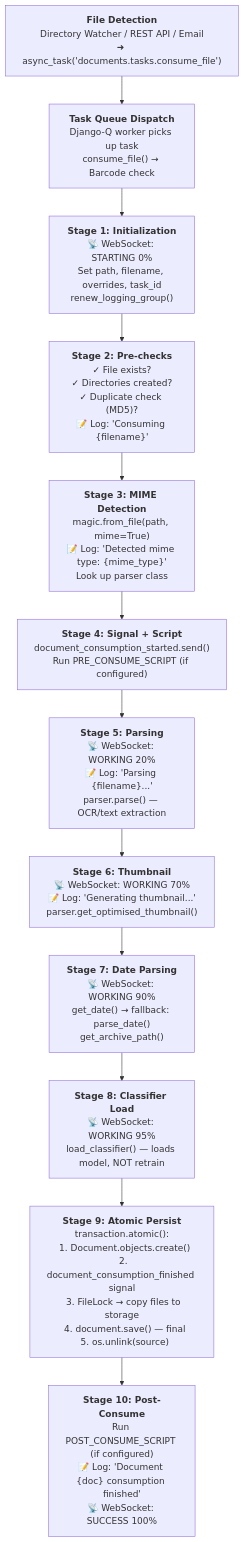
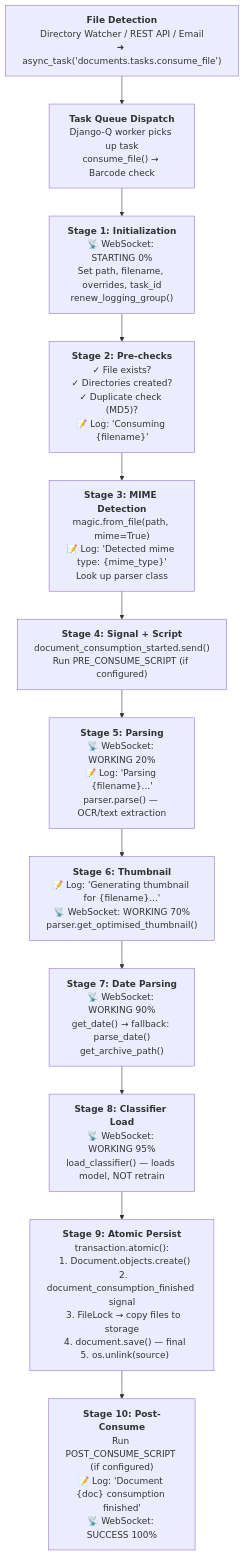
The second of 4 diagrams in blitzy/documentation/paperless-ngx_542221a38dff.md (blitzy-research/paperless-ngx), drawn with Mermaid before and after one commit. The commit also changed other lines of this file, not shown here.

````diff
--- a/blitzy/documentation/paperless-ngx_542221a38dff.md
+++ b/blitzy/documentation/paperless-ngx_542221a38dff.md
@@ -557,26 +557,26 @@
 ```mermaid
 flowchart TD
     A["<b>File Detection</b><br/>Directory Watcher / REST API / Email<br/>➜ async_task('documents.tasks.consume_file')"] --> B
 
     B["<b>Task Queue Dispatch</b><br/>Django-Q worker picks up task<br/>consume_file() → Barcode check"] --> C
 
     C["<b>Stage 1: Initialization</b><br/>📡 WebSocket: STARTING 0%<br/>Set path, filename, overrides, task_id<br/>renew_logging_group()"] --> D
 
     D["<b>Stage 2: Pre-checks</b><br/>✓ File exists?<br/>✓ Directories created?<br/>✓ Duplicate check (MD5)?<br/>📝 Log: 'Consuming {filename}'"] --> E
 
     E["<b>Stage 3: MIME Detection</b><br/>magic.from_file(path, mime=True)<br/>📝 Log: 'Detected mime type: {mime_type}'<br/>Look up parser class"] --> F
 
     F["<b>Stage 4: Signal + Script</b><br/>document_consumption_started.send()<br/>Run PRE_CONSUME_SCRIPT (if configured)"] --> G
 
     G["<b>Stage 5: Parsing</b><br/>📡 WebSocket: WORKING 20%<br/>📝 Log: 'Parsing {filename}...'<br/>parser.parse() — OCR/text extraction"] --> H
 
-    H["<b>Stage 6: Thumbnail</b><br/>📡 WebSocket: WORKING 70%<br/>📝 Log: 'Generating thumbnail...'<br/>parser.get_optimised_thumbnail()"] --> I
+    H["<b>Stage 6: Thumbnail</b><br/>📝 Log: 'Generating thumbnail for {filename}...'<br/>📡 WebSocket: WORKING 70%<br/>parser.get_optimised_thumbnail()"] --> I
 
     I["<b>Stage 7: Date Parsing</b><br/>📡 WebSocket: WORKING 90%<br/>get_date() → fallback: parse_date()<br/>get_archive_path()"] --> J
 
     J["<b>Stage 8: Classifier Load</b><br/>📡 WebSocket: WORKING 95%<br/>load_classifier() — loads model, NOT retrain"] --> K
 
     K["<b>Stage 9: Atomic Persist</b><br/>transaction.atomic():<br/>  1. Document.objects.create()<br/>  2. document_consumption_finished signal<br/>  3. FileLock → copy files to storage<br/>  4. document.save() — final<br/>  5. os.unlink(source)"] --> L
 
     L["<b>Stage 10: Post-Consume</b><br/>Run POST_CONSUME_SCRIPT (if configured)<br/>📝 Log: 'Document {doc} consumption finished'<br/>📡 WebSocket: SUCCESS 100%"]
 ```
````
